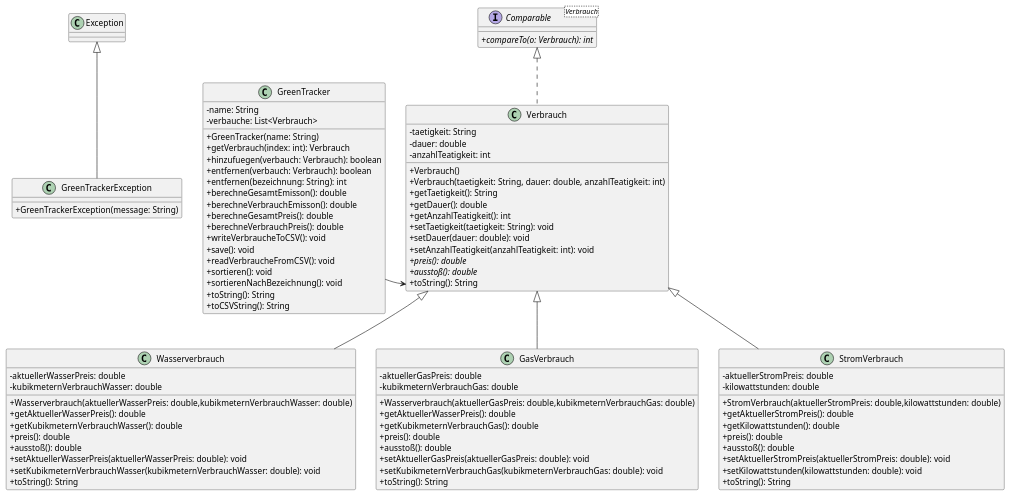
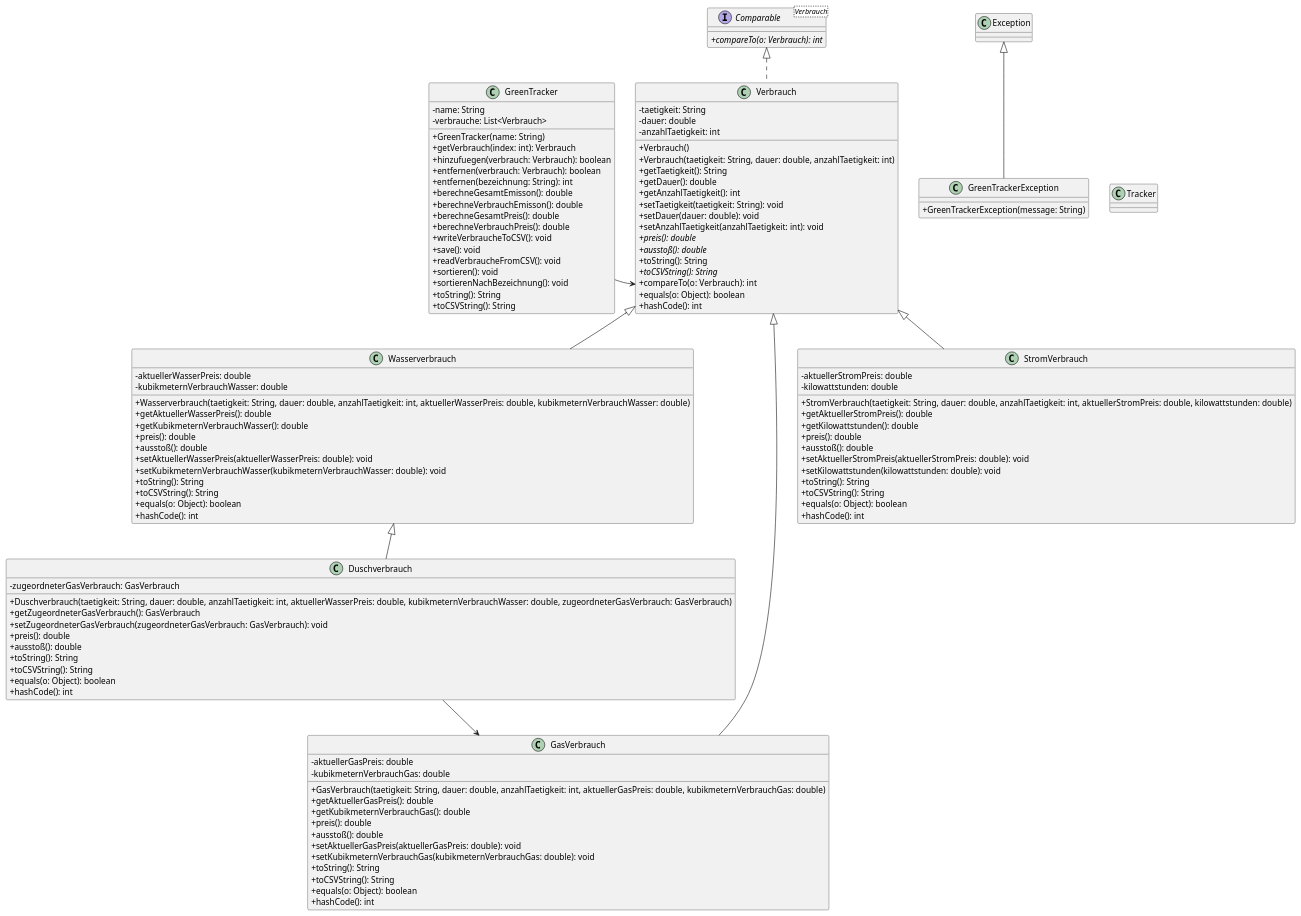
The diagram in greentracker.puml (esquze/Green-Tracker), drawn with PlantUML before and after one commit. The commit also changed 1 other file, not shown here.

```diff
--- a/greentracker.puml
+++ b/greentracker.puml
@@ -1,115 +1,144 @@
 @startuml
 'https://plantuml.com/class-diagram
 
 skinparam classAttributeIconSize 0
 
 class GreenTrackerException
 {
 + GreenTrackerException(message: String)
 }
 
 Exception <|-- GreenTrackerException
 
 interface Comparable<Verbrauch>
 {
 + {abstract} compareTo(o: Verbrauch): int
 }
 
 Comparable <|.. Verbrauch
 
+abstract class Verbrauch
+{
+- taetigkeit: String
+- dauer: double
+- anzahlTaetigkeit: int
++ Verbrauch()
++ Verbrauch(taetigkeit: String, dauer: double, anzahlTaetigkeit: int)
++ getTaetigkeit(): String
++ getDauer(): double
++ getAnzahlTaetigkeit(): int
++ setTaetigkeit(taetigkeit: String): void
++ setDauer(dauer: double): void
++ setAnzahlTaetigkeit(anzahlTaetigkeit: int): void
++ {abstract} preis(): double
++ {abstract} ausstoß(): double
++ toString(): String
++ {abstract} toCSVString(): String
++ compareTo(o: Verbrauch): int
++ equals(o: Object): boolean
++ hashCode(): int
+}
+
 class Wasserverbrauch extends Verbrauch
 {
 - aktuellerWasserPreis: double
 - kubikmeternVerbrauchWasser: double
-+ Wasserverbrauch(aktuellerWasserPreis: double,kubikmeternVerbrauchWasser: double)
++ Wasserverbrauch(taetigkeit: String, dauer: double, anzahlTaetigkeit: int, aktuellerWasserPreis: double, kubikmeternVerbrauchWasser: double)
 + getAktuellerWasserPreis(): double
 + getKubikmeternVerbrauchWasser(): double
 + preis(): double
 + ausstoß(): double
 + setAktuellerWasserPreis(aktuellerWasserPreis: double): void
 + setKubikmeternVerbrauchWasser(kubikmeternVerbrauchWasser: double): void
 + toString(): String
++ toCSVString(): String
++ equals(o: Object): boolean
++ hashCode(): int
 }
 
 class GasVerbrauch extends Verbrauch
 {
 - aktuellerGasPreis: double
 - kubikmeternVerbrauchGas: double
-+ Wasserverbrauch(aktuellerGasPreis: double,kubikmeternVerbrauchGas: double)
-+ getAktuellerWasserPreis(): double
++ GasVerbrauch(taetigkeit: String, dauer: double, anzahlTaetigkeit: int, aktuellerGasPreis: double, kubikmeternVerbrauchGas: double)
++ getAktuellerGasPreis(): double
 + getKubikmeternVerbrauchGas(): double
 + preis(): double
 + ausstoß(): double
 + setAktuellerGasPreis(aktuellerGasPreis: double): void
 + setKubikmeternVerbrauchGas(kubikmeternVerbrauchGas: double): void
 + toString(): String
++ toCSVString(): String
++ equals(o: Object): boolean
++ hashCode(): int
 }
 
-class StromVerbrauch extends Verbrauch{
+class StromVerbrauch extends Verbrauch
+{
 - aktuellerStromPreis: double
 - kilowattstunden: double
-+ StromVerbrauch(aktuellerStromPreis: double,kilowattstunden: double)
++ StromVerbrauch(taetigkeit: String, dauer: double, anzahlTaetigkeit: int, aktuellerStromPreis: double, kilowattstunden: double)
 + getAktuellerStromPreis(): double
 + getKilowattstunden(): double
 + preis(): double
 + ausstoß(): double
 + setAktuellerStromPreis(aktuellerStromPreis: double): void
 + setKilowattstunden(kilowattstunden: double): void
 + toString(): String
++ toCSVString(): String
++ equals(o: Object): boolean
++ hashCode(): int
 }
 
-abstract class Verbrauch
+class Duschverbrauch extends Wasserverbrauch
 {
-- taetigkeit: String
-- dauer: double
-- anzahlTeatigkeit: int
-+ Verbrauch()
-+ Verbrauch(taetigkeit: String, dauer: double, anzahlTeatigkeit: int)
-+ getTaetigkeit(): String
-+ getDauer(): double
-+ getAnzahlTeatigkeit(): int
-+ setTaetigkeit(taetigkeit: String): void
-+ setDauer(dauer: double): void
-+ setAnzahlTeatigkeit(anzahlTeatigkeit: int): void
-+ {abstract} preis(): double
-+ {abstract} ausstoß(): double
+- zugeordneterGasVerbrauch: GasVerbrauch
++ Duschverbrauch(taetigkeit: String, dauer: double, anzahlTaetigkeit: int, aktuellerWasserPreis: double, kubikmeternVerbrauchWasser: double, zugeordneterGasVerbrauch: GasVerbrauch)
++ getZugeordneterGasVerbrauch(): GasVerbrauch
++ setZugeordneterGasVerbrauch(zugeordneterGasVerbrauch: GasVerbrauch): void
++ preis(): double
++ ausstoß(): double
 + toString(): String
++ toCSVString(): String
++ equals(o: Object): boolean
++ hashCode(): int
 }
 
 class GreenTracker
 {
 - name: String
-- verbauche: List<Verbrauch>
+- verbrauche: List<Verbrauch>
 + GreenTracker(name: String)
 + getVerbrauch(index: int): Verbrauch
-+ hinzufuegen(verbauch: Verbrauch): boolean
-+ entfernen(verbauch: Verbrauch): boolean
++ hinzufuegen(verbrauch: Verbrauch): boolean
++ entfernen(verbrauch: Verbrauch): boolean
 + entfernen(bezeichnung: String): int
 + berechneGesamtEmisson(): double
 + berechneVerbrauchEmisson(): double
 + berechneGesamtPreis(): double
 + berechneVerbrauchPreis(): double
 + writeVerbraucheToCSV(): void
 + save(): void
 + readVerbraucheFromCSV(): void
 + sortieren(): void
 + sortierenNachBezeichnung(): void
 + toString(): String
 + toCSVString(): String
 }
 
 GreenTracker --> Verbrauch
+Duschverbrauch --> GasVerbrauch
 
-together{
+together {
 class Verbrauch
 class GreenTracker
 }
 GreenTracker -[hidden] Verbrauch
 
-together{
+together {
 class GreenTracker
 class GreenTrackerException
 }
-GreenTrackerException -[hidden] GreenTracker
+GreenTrackerException -[hidden] Tracker
 
 @enduml
```
